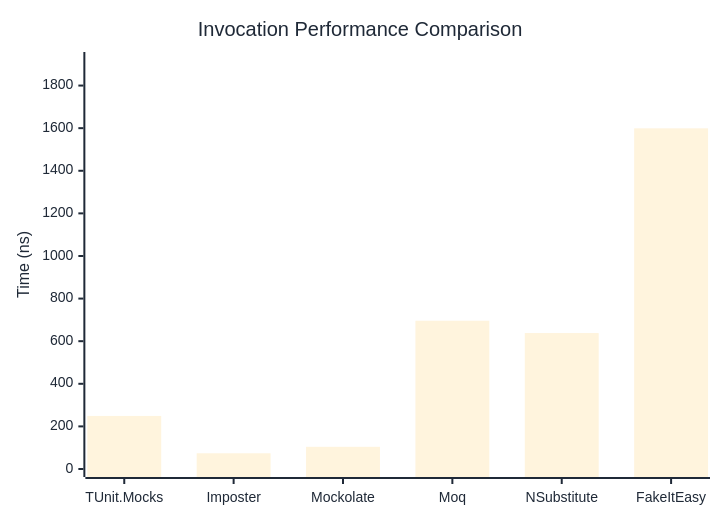
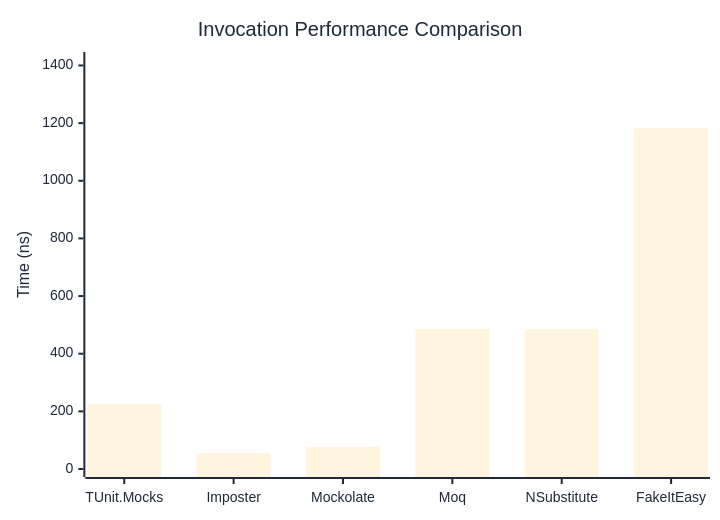
The first of 3 diagrams in docs/docs/benchmarks/mocks/Invocation.md (thomhurst/TUnit), drawn with Mermaid before and after one commit. The commit also changed other lines of this file and 14 other files, not shown here.

````diff
--- a/docs/docs/benchmarks/mocks/Invocation.md
+++ b/docs/docs/benchmarks/mocks/Invocation.md
@@ -30,27 +30,27 @@
 ```mermaid
 %%{init: {
   'theme':'base',
   'themeVariables': {
     'primaryColor': '#2563eb',
     'primaryTextColor': '#1f2937',
     'primaryBorderColor': '#1e40af',
     'lineColor': '#6b7280',
     'secondaryColor': '#7c3aed',
     'tertiaryColor': '#dc2626',
     'background': '#ffffff',
     'pie1': '#2563eb',
     'pie2': '#7c3aed',
     'pie3': '#dc2626',
     'pie4': '#f59e0b',
     'pie5': '#10b981',
     'pie6': '#06b6d4',
     'pie7': '#ec4899',
     'pie8': '#6366f1'
   }
 }}%%
 xychart-beta
   title "Invocation Performance Comparison"
   x-axis ["TUnit.Mocks", "Imposter", "Mockolate", "Moq", "NSubstitute", "FakeItEasy"]
-  y-axis "Time (ns)" 0 --> 1920
-  bar [249.08, 73.77, 104.18, 696.03, 638.2, 1599.26]
+  y-axis "Time (ns)" 0 --> 1419
+  bar [225.29, 54.98, 76.81, 486.43, 485.1, 1181.87]
 ```
````
